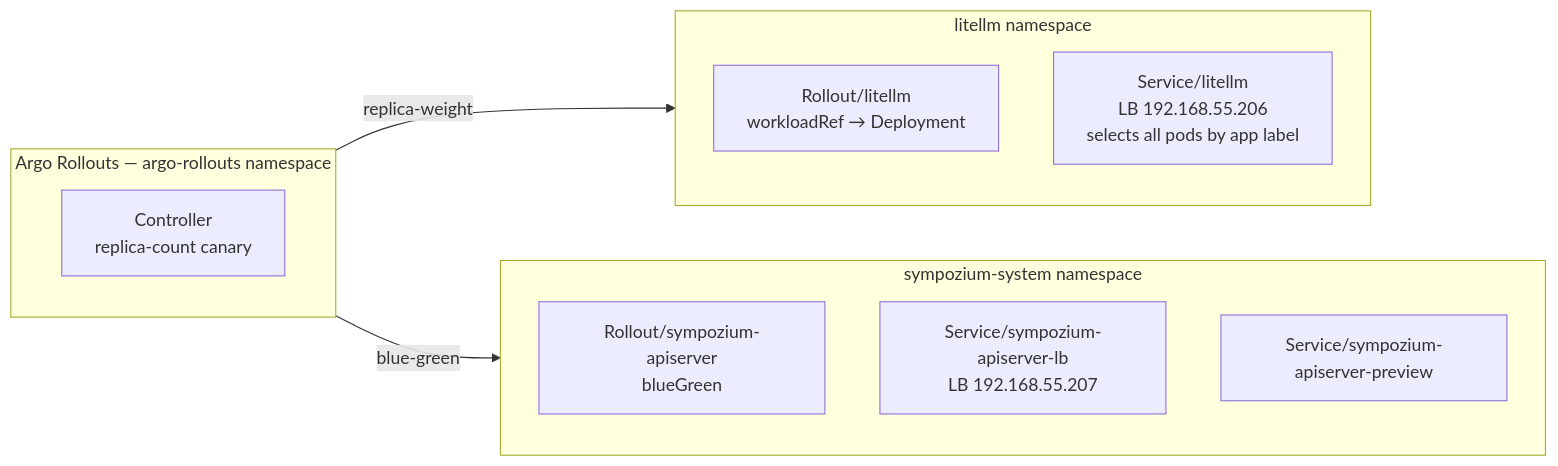
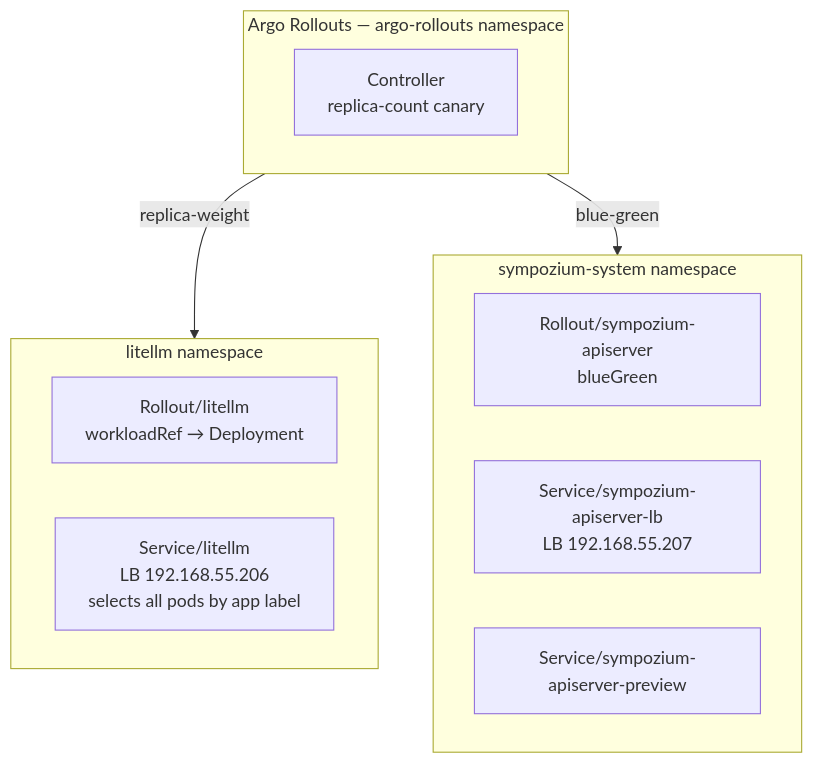
The second of 2 diagrams in blog/content/docs/building/19-progressive-delivery/index.md (derio-net/frank), drawn with Mermaid before and after one commit. The commit also changed 42 other files, not shown here.

First line of the commit message:
chore(repo): blog-craft v0.19.0 — mermaid natural-size rendering + all 35 diagrams under the width gate (#735)

````diff
--- a/blog/content/docs/building/19-progressive-delivery/index.md
+++ b/blog/content/docs/building/19-progressive-delivery/index.md
@@ -44,18 +44,18 @@
 ```mermaid
-flowchart LR
+flowchart TD
   subgraph ArgoRollouts[Argo Rollouts — argo-rollouts namespace]
     Controller[Controller<br/>replica-count canary]
   end
   subgraph LiteLLMNS[litellm namespace]
     ROL[Rollout/litellm<br/>workloadRef → Deployment]
     StableSVC[Service/litellm<br/>LB 192.168.55.206<br/>selects all pods by app label]
   end
   subgraph SympoziumNS[sympozium-system namespace]
     ROSS[Rollout/sympozium-apiserver<br/>blueGreen]
     ActiveSVC[Service/sympozium-apiserver-lb<br/>LB 192.168.55.207]
     PreviewSVC[Service/sympozium-apiserver-preview]
   end
 
   ArgoRollouts -->|replica-weight| LiteLLMNS
   ArgoRollouts -->|blue-green| SympoziumNS
 ```
````
